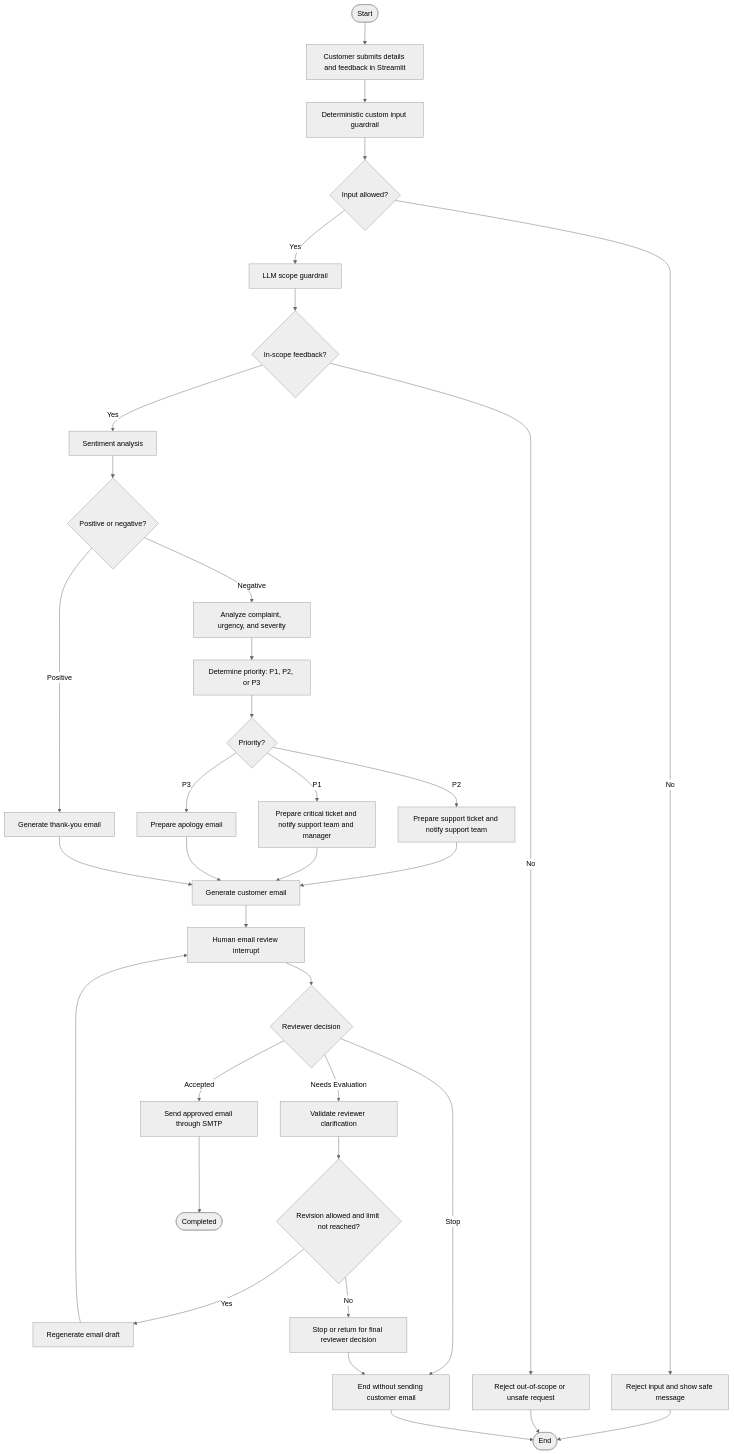
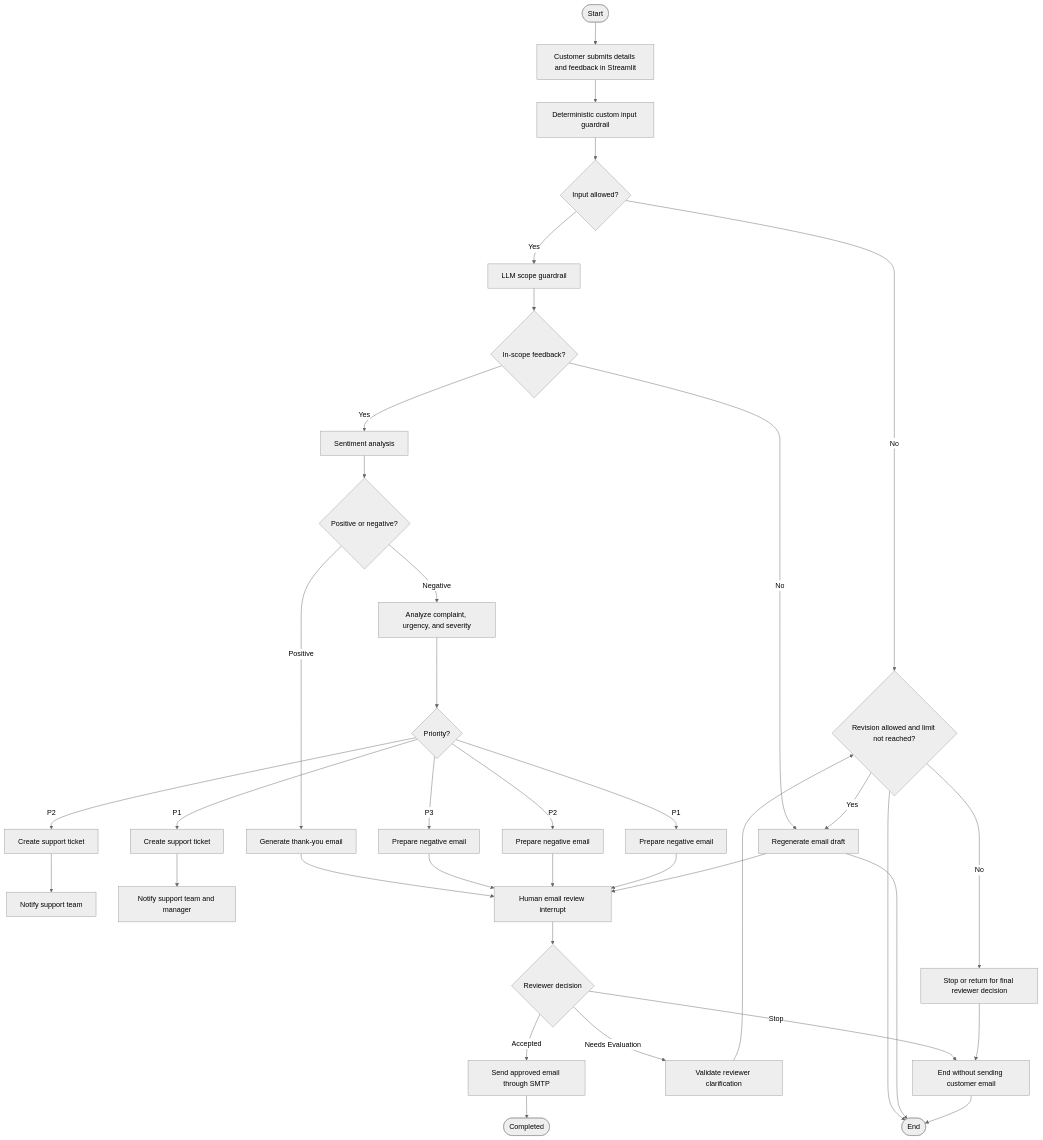
The diagram in README.md (gopalaiengineer/langgraph-customer-feedback-agent), drawn with Mermaid (neutral theme) before and after one commit. The commit also changed 2 other files, not shown here.

Commit message:
feat(langgraph): implement parallel execution for negative feedback workflows

````diff
--- a/README.md
+++ b/README.md
@@ -114,47 +114,48 @@
 ```mermaid
 flowchart TD
     A([Start]) --> B[Customer submits details and feedback in Streamlit]
     B --> C[Deterministic custom input guardrail]
     C --> D{Input allowed?}
 
     D -- No --> X[Reject input and show safe message]
     X --> Z([End])
 
     D -- Yes --> E[LLM scope guardrail]
     E --> F{In-scope feedback?}
 
     F -- No --> Y[Reject out-of-scope or unsafe request]
     Y --> Z
 
     F -- Yes --> G[Sentiment analysis]
     G --> H{Positive or negative?}
 
     H -- Positive --> I[Generate thank-you email]
     H -- Negative --> J[Analyze complaint, urgency, and severity]
-    J --> K[Determine priority: P1, P2, or P3]
+    J --> K{Priority?}
 
-    K --> L{Priority?}
-    L -- P3 --> M[Prepare apology email]
-    L -- P2 --> N[Prepare support ticket and notify support team]
-    L -- P1 --> O[Prepare critical ticket and notify support team and manager]
+    K -- P3 --> M[Prepare negative email]
+    K -- P2 --> N[Create support ticket]
+    K -- P2 --> O[Prepare negative email]
+    K -- P1 --> P[Create support ticket]
+    K -- P1 --> Q[Prepare negative email]
 
-    N --> P[Generate customer email]
-    O --> P
-    M --> P
-    I --> P
+    N --> R[Notify support team]
+    P --> S[Notify support team and manager]
+    I --> T[Human email review interrupt]
+    M --> T
+    O --> T
+    Q --> T
 
-    P --> Q[Human email review interrupt]
-    Q --> R{Reviewer decision}
+    T --> U{Reviewer decision}
+    U -- Accepted --> V[Send approved email through SMTP]
+    U -- Needs Evaluation --> W[Validate reviewer clarification]
+    W --> X{Revision allowed and limit not reached?}
+    X -- Yes --> Y[Regenerate email draft]
+    Y --> T
+    X -- No --> AA[Stop or return for final reviewer decision]
 
-    R -- Accepted --> S[Send approved email through SMTP]
-    R -- Needs Evaluation --> T[Validate reviewer clarification]
-    T --> U{Revision allowed and limit not reached?}
-    U -- Yes --> V[Regenerate email draft]
-    V --> Q
-    U -- No --> W[Stop or return for final reviewer decision]
-
-    R -- Stop --> AA[End without sending customer email]
-    S --> AB([Completed])
-    W --> AA
-    AA --> Z
+    U -- Stop --> AB[End without sending customer email]
+    V --> AC([Completed])
+    AA --> AB
+    AB --> Z
 ```
````
